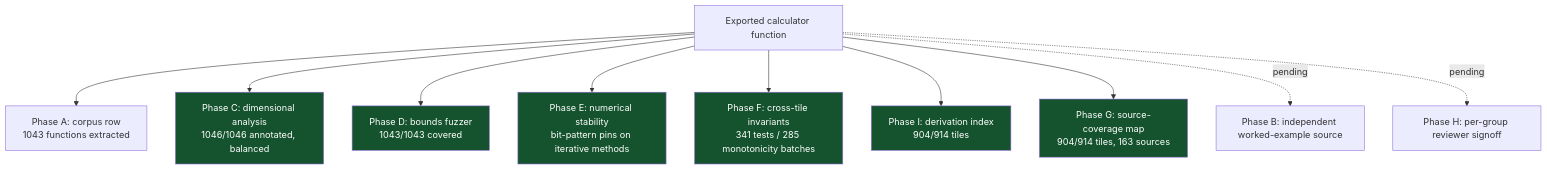
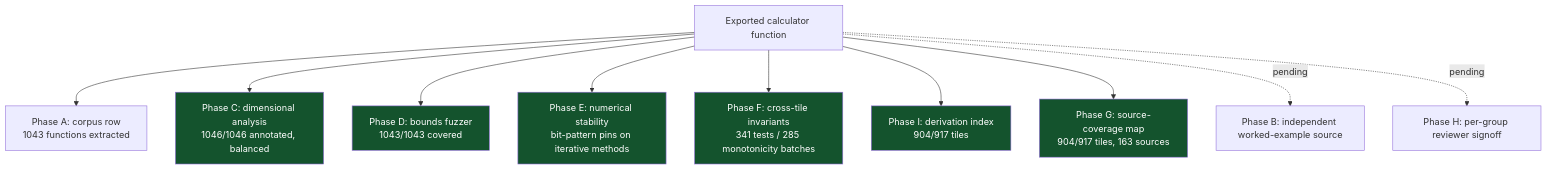
One commit to clay-good/roughlogic.com changed the sixth of 8 diagrams in README.md. Above: the diagram before and after it, drawn with Mermaid. The commit also changed other lines of this file and 18 other files, not shown here.

````diff
--- a/README.md
+++ b/README.md
@@ -519,18 +519,18 @@
 ```mermaid
 flowchart TB
     F[Exported calculator function] --> A[Phase A: corpus row\n1043 functions extracted]
     F --> C[Phase C: dimensional analysis\n1046/1046 annotated, balanced]
     F --> D[Phase D: bounds fuzzer\n1043/1043 covered]
     F --> E[Phase E: numerical stability\nbit-pattern pins on iterative methods]
     F --> Fa[Phase F: cross-tile invariants\n341 tests / 285 monotonicity batches]
-    F --> I[Phase I: derivation index\n904/914 tiles]
-    F --> G[Phase G: source-coverage map\n904/914 tiles, 163 sources]
+    F --> I[Phase I: derivation index\n904/917 tiles]
+    F --> G[Phase G: source-coverage map\n904/917 tiles, 163 sources]
     F -.pending.-> B[Phase B: independent worked-example source]
     F -.pending.-> H[Phase H: per-group reviewer signoff]
     style C fill:#14532d,color:#fff
     style D fill:#14532d,color:#fff
     style E fill:#14532d,color:#fff
     style Fa fill:#14532d,color:#fff
     style G fill:#14532d,color:#fff
     style I fill:#14532d,color:#fff
 ```
````
